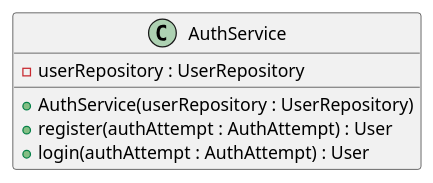
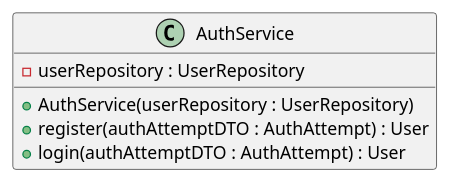
One commit to MoermansJ/eindwerk_backEnd changed the second of 3 diagrams in docs/classDiagram.md. Above: the diagram before and after it, drawn with PlantUML. The commit also changed other lines of this file and 11 other files, not shown here.

````diff
--- a/docs/classDiagram.md
+++ b/docs/classDiagram.md
@@ -21,13 +21,13 @@
 ```plantuml
 @startuml
 
 class AuthService {
 	- userRepository : UserRepository
 
 	+ AuthService(userRepository : UserRepository)
-	+ register(authAttempt : AuthAttempt) : User
-	+ login(authAttempt : AuthAttempt) : User
+	+ register(authAttemptDTO : AuthAttempt) : User
+	+ login(authAttemptDTO : AuthAttempt) : User
 }
 
 @enduml
 ```
````
